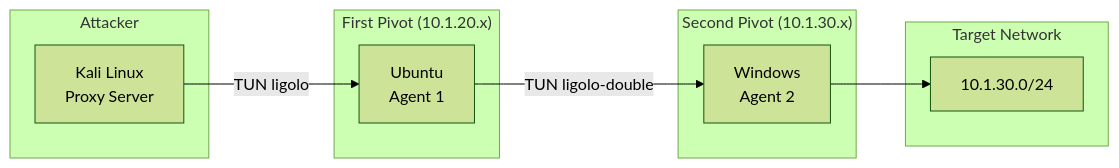
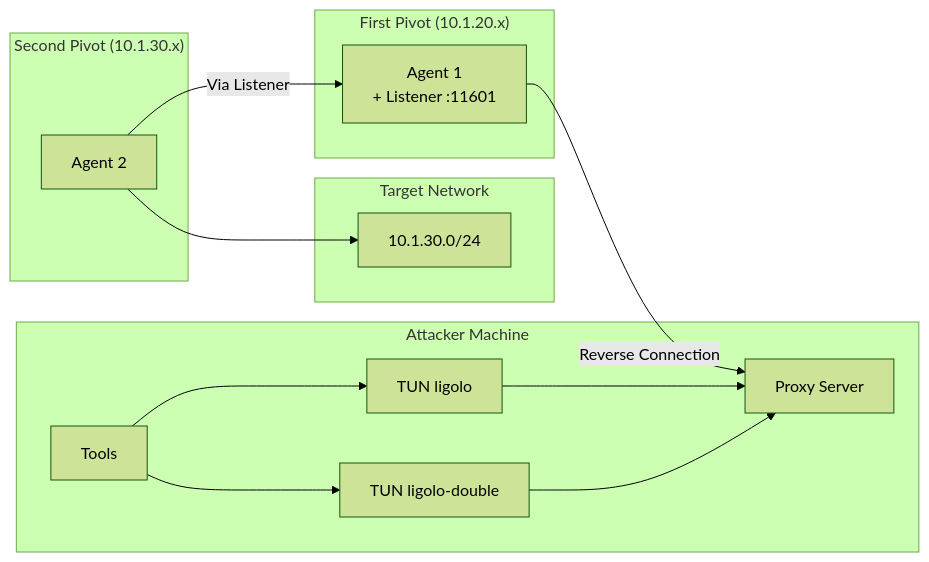
Before and after one commit to postalsys/Muti-Metroo: the third of 5 diagrams in docs/docs/comparisons/vs-ligolo-ng.md, drawn with Mermaid (forest theme). The commit also changed other lines of this file, not shown here.

First line of the commit message:
docs: fix Ligolo-ng architecture diagrams for accurate double pivoting

````diff
--- a/docs/docs/comparisons/vs-ligolo-ng.md
+++ b/docs/docs/comparisons/vs-ligolo-ng.md
@@ -147,22 +142,27 @@
 ```mermaid
 flowchart LR
-    subgraph Attacker
-        Kali[Kali Linux<br/>Proxy Server]
+    subgraph Attacker["Attacker Machine"]
+        Tools[Tools]
+        TUN1[TUN ligolo]
+        TUN2[TUN ligolo-double]
+        Proxy[Proxy Server]
     end
 
     subgraph DMZ["First Pivot (10.1.20.x)"]
-        Ubuntu[Ubuntu<br/>Agent 1]
+        Agent1[Agent 1<br/>+ Listener :11601]
     end
 
     subgraph Internal["Second Pivot (10.1.30.x)"]
-        Windows[Windows<br/>Agent 2]
+        Agent2[Agent 2]
     end
 
     subgraph Target["Target Network"]
         Final[10.1.30.0/24]
     end
 
-    Kali -->|"TUN ligolo"| Ubuntu
-    Ubuntu -->|"TUN ligolo-double"| Windows
-    Windows --> Final
+    Tools --> TUN1 & TUN2
+    TUN1 & TUN2 --> Proxy
+    Agent1 -->|"Reverse Connection"| Proxy
+    Agent2 -->|"Via Listener"| Agent1
+    Agent2 --> Final
 ```
````
